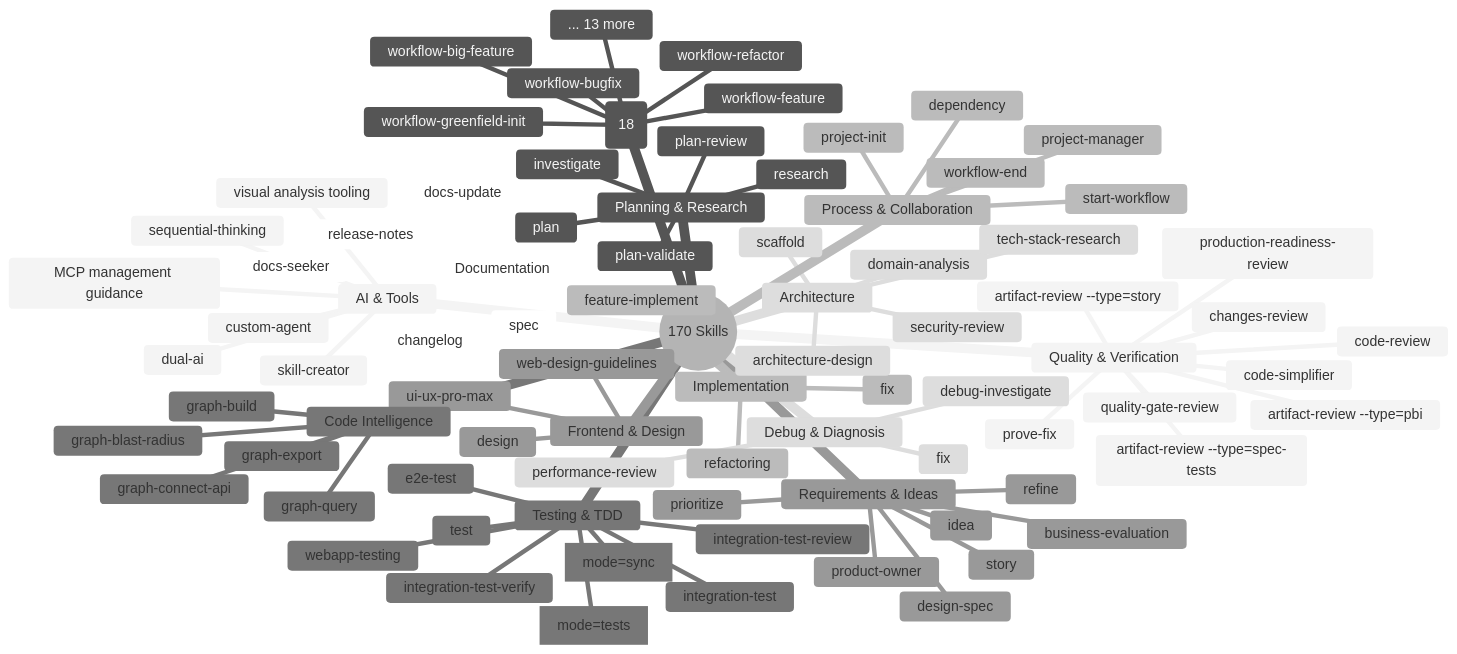
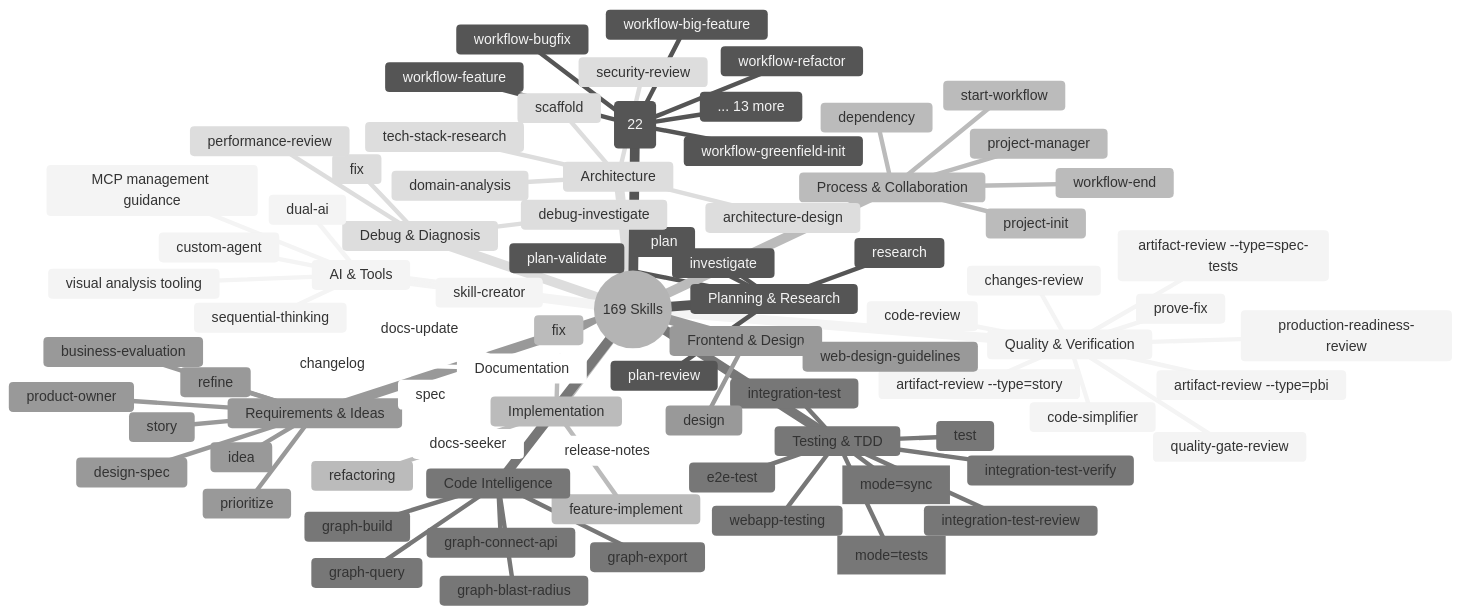
The fifth of 20 diagrams in .claude/docs/claude-ai-agent-framework-guide.md (duc01226/easy-claude), drawn with Mermaid (neutral theme) before and after one commit. The commit also changed other lines of this file and 153 other files, not shown here.

````diff
--- a/.claude/docs/claude-ai-agent-framework-guide.md
+++ b/.claude/docs/claude-ai-agent-framework-guide.md
@@ -460,6 +460,6 @@
 ```mermaid
 mindmap
-  root((170 Skills))
+  root((169 Skills))
     Quality & Verification
       code-review
       prove-fix
@@ -521,7 +521,6 @@
       dependency
     Frontend & Design
       design
-      ui-ux-pro-max
       web-design-guidelines
     Code Intelligence
       graph-build
@@ -536,7 +535,7 @@
       MCP management guidance
       skill-creator
       dual-ai
-    Workflow Triggers (18)
+    Workflow Triggers (22)
       workflow-feature
       workflow-big-feature
       workflow-bugfix
````
